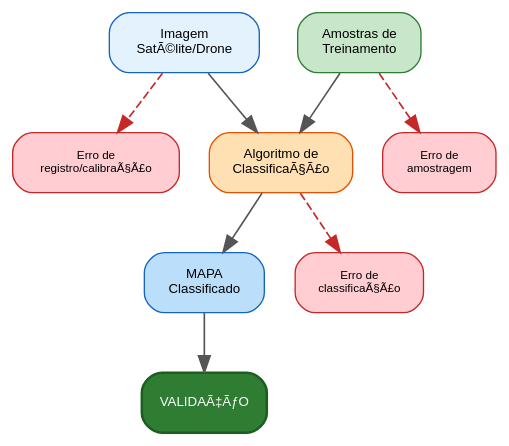
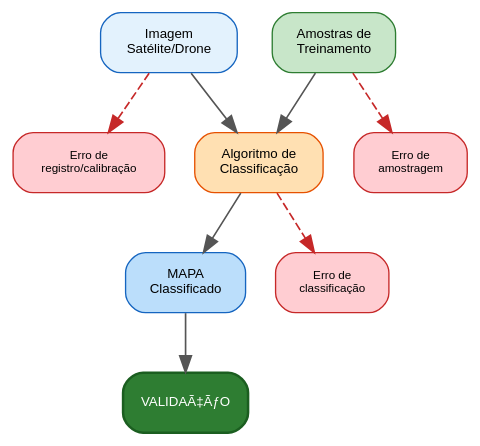
The first of 2 diagrams in aulas/analise_paisagem/aulas/validacao_modelos_paisagem/validacao_modelos_paisagem.qmd (ldvsantos/cv), drawn with Graphviz before and after one commit. The commit also changed other lines of this file and 31 other files, not shown here.

````diff
--- a/aulas/analise_paisagem/aulas/validacao_modelos_paisagem/validacao_modelos_paisagem.qmd
+++ b/aulas/analise_paisagem/aulas/validacao_modelos_paisagem/validacao_modelos_paisagem.qmd
@@ -69,29 +71,29 @@
 ```{dot}
-//| fig-cap: "Fontes de erro na classificaÃ§Ã£o de uso e cobertura."
+//| fig-cap: "Fontes de erro na classificação de uso e cobertura."
 //| fig-width: 5
 digraph {
     rankdir=TB
     bgcolor="transparent"
     node [shape=box, style="rounded,filled", fontname="Helvetica", fontsize=8, margin="0.15,0.08", penwidth=0.8]
     edge [color="#555555", penwidth=1.0]
 
-    I [label="Imagem\nSatÃ©lite/Drone", fillcolor="#E3F2FD", color="#1565C0"]
+    I [label="Imagem\nSatélite/Drone", fillcolor="#E3F2FD", color="#1565C0"]
     T [label="Amostras de\nTreinamento", fillcolor="#C8E6C9", color="#2E7D32"]
-    A [label="Algoritmo de\nClassificaÃ§Ã£o", fillcolor="#FFE0B2", color="#E65100"]
+    A [label="Algoritmo de\nClassificação", fillcolor="#FFE0B2", color="#E65100"]
     M [label="MAPA\nClassificado", fillcolor="#BBDEFB", color="#1565C0"]
     V [label="VALIDAÃ‡ÃƒO", fillcolor="#2E7D32", fontcolor="white", color="#1B5E20", penwidth=1.5]
 
-    E1 [label="Erro de\nregistro/calibraÃ§Ã£o", fillcolor="#FFCDD2", color="#C62828", fontsize=7]
+    E1 [label="Erro de\nregistro/calibração", fillcolor="#FFCDD2", color="#C62828", fontsize=7]
     E2 [label="Erro de\namostragem", fillcolor="#FFCDD2", color="#C62828", fontsize=7]
-    E3 [label="Erro de\nclassificaÃ§Ã£o", fillcolor="#FFCDD2", color="#C62828", fontsize=7]
+    E3 [label="Erro de\nclassificação", fillcolor="#FFCDD2", color="#C62828", fontsize=7]
 
     I -> A
     T -> A
     A -> M
     M -> V
 
     I -> E1 [style=dashed, color="#C62828"]
     T -> E2 [style=dashed, color="#C62828"]
     A -> E3 [style=dashed, color="#C62828"]
 }
 ```
````
